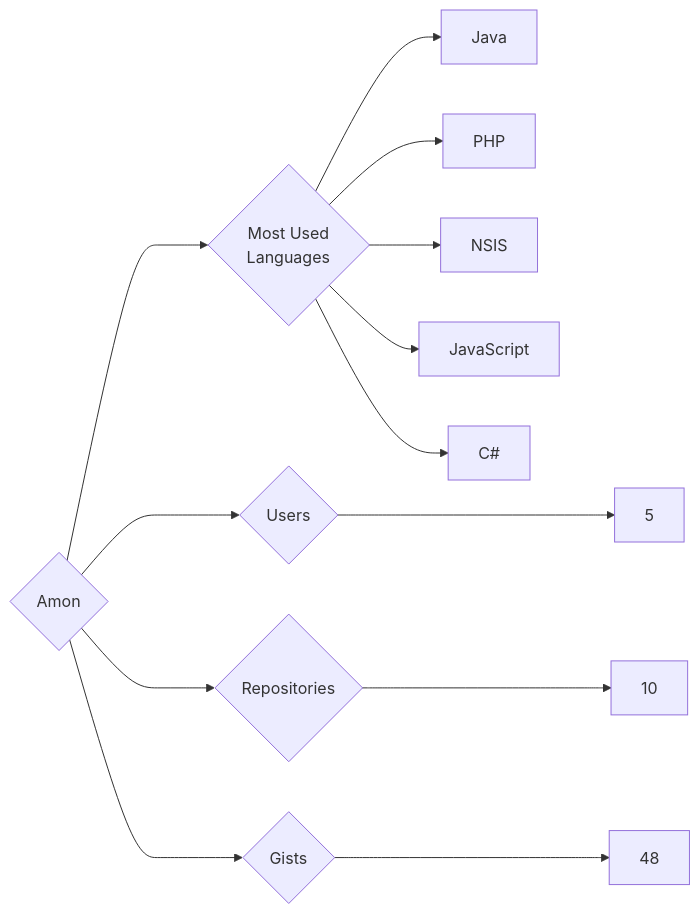
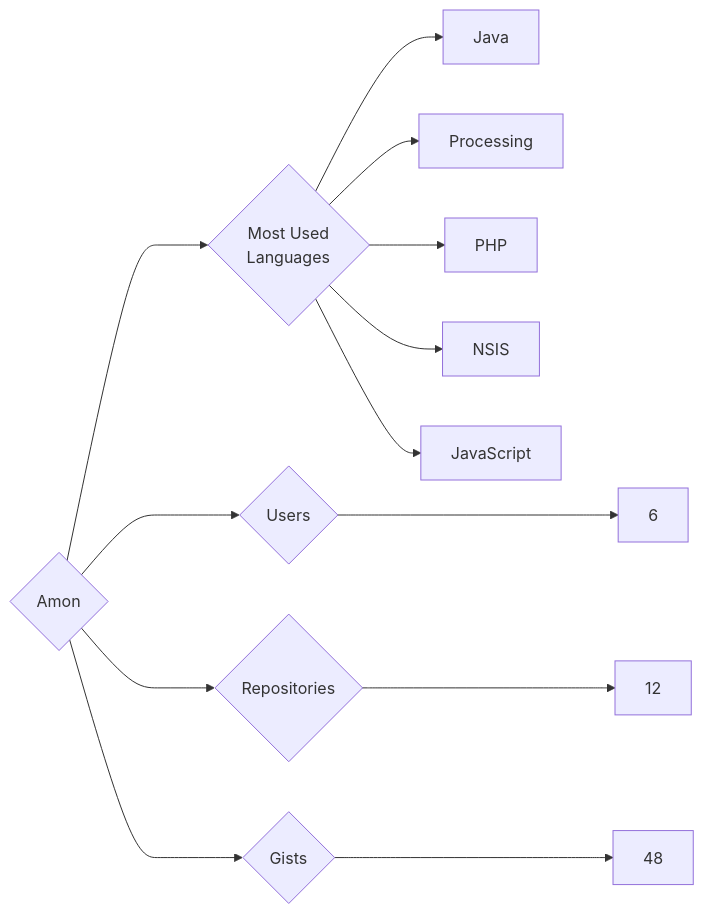
Before and after one commit to trickest/insiders: the diagram in targets/Amon/README.md, drawn with Mermaid. The commit also changed 1011 other files, not shown here.

````diff
--- a/targets/Amon/README.md
+++ b/targets/Amon/README.md
@@ -3,13 +3,13 @@
 ```mermaid
 graph LR
 COMPANY_NAME{Amon}
-COMPANY_NAME ---> U{Users} ---> UN[5]
-COMPANY_NAME ---> R{Repositories} ---> RN[10]
+COMPANY_NAME ---> U{Users} ---> UN[6]
+COMPANY_NAME ---> R{Repositories} ---> RN[12]
 COMPANY_NAME ---> G{Gists} ---> GN[48]
 COMPANY_NAME ---> ML{Most Used<br>Languages}
 ML --> Java[Java]
+ML --> Processing[Processing]
 ML --> PHP[PHP]
 ML --> NSIS[NSIS]
 ML --> JavaScript[JavaScript]
-ML --> C#[C#]
 ```
````
